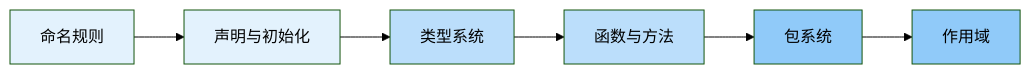
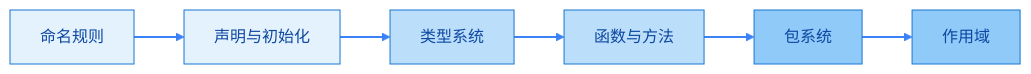
One commit to lazygophers/knowledge changed the diagram in docs/zh/golang/fundamentals/overview.mdx. Above: the diagram before and after it, drawn with Mermaid (forest theme). The commit also changed 9 other files, not shown here.

First line of the commit message:
style(golang): Mermaid 图表添加主题适配和连接线样式

````diff
--- a/docs/zh/golang/fundamentals/overview.mdx
+++ b/docs/zh/golang/fundamentals/overview.mdx
@@ -21,15 +21,17 @@
 ```mermaid
 flowchart LR
     A[命名规则] --> B[声明与初始化]
     B --> C[类型系统]
     C --> D[函数与方法]
     D --> E[包系统]
     E --> F[作用域]
 
-    style A fill:#e3f2fd
-    style B fill:#e3f2fd
-    style C fill:#bbdefb
-    style D fill:#bbdefb
-    style E fill:#90caf9
-    style F fill:#90caf9
+    linkStyle default stroke:#3b82f6,stroke-width:2px
+    classDef step1 fill:#e3f2fd,stroke:#1976d2,color:#0d47a1
+    classDef step2 fill:#bbdefb,stroke:#1976d2,color:#0d47a1
+    classDef step3 fill:#90caf9,stroke:#1976d2,color:#0d47a1
+
+    class A,B step1
+    class C,D step2
+    class E,F step3
 ```
````
